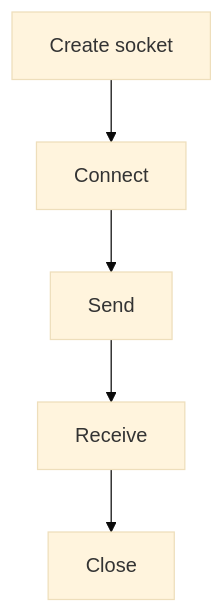
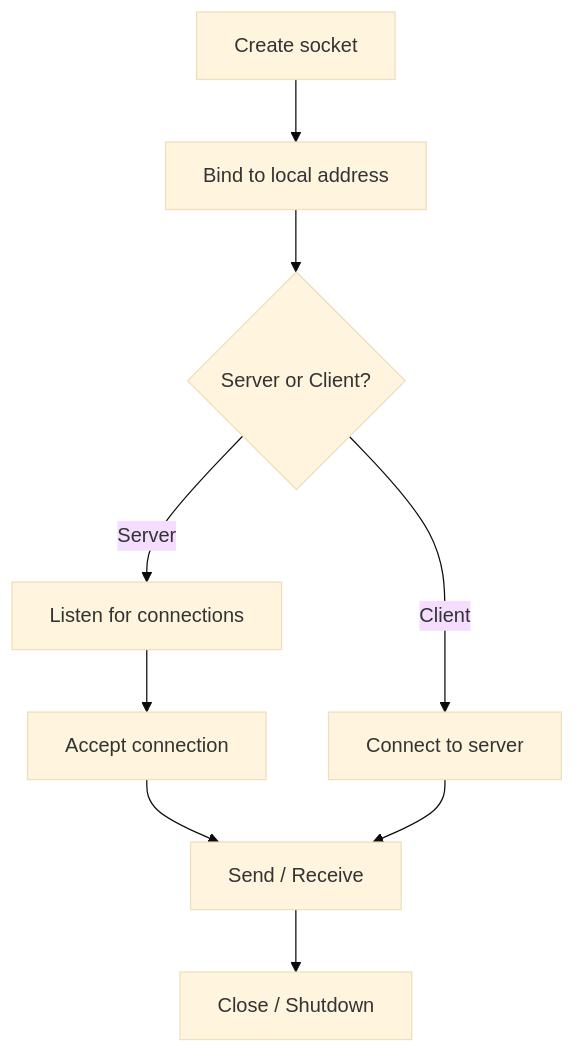
One commit to grafanaKibana/devbook.zip changed the diagram in Vault/Software Engineering/04 Networks/Transport & Sockets/Sockets.md. Above: the diagram before and after it, drawn with Mermaid (base theme). The commit also changed other lines of this file and 25 other files, not shown here.

````diff
--- a/Vault/Software Engineering/04 Networks/Transport & Sockets/Sockets.md
+++ b/Vault/Software Engineering/04 Networks/Transport & Sockets/Sockets.md
@@ -24,7 +34,11 @@
 ```mermaid
 flowchart TD
-  A[Create socket] --> B[Connect]
-  B --> C[Send]
-  C --> D[Receive]
-  D --> E[Close]
+  A[Create socket] --> B[Bind to local address]
+  B --> C{Server or Client?}
+  C -->|Server| D[Listen for connections]
+  D --> E[Accept connection]
+  C -->|Client| F[Connect to server]
+  E --> G[Send / Receive]
+  F --> G
+  G --> H[Close / Shutdown]
 ```
````
